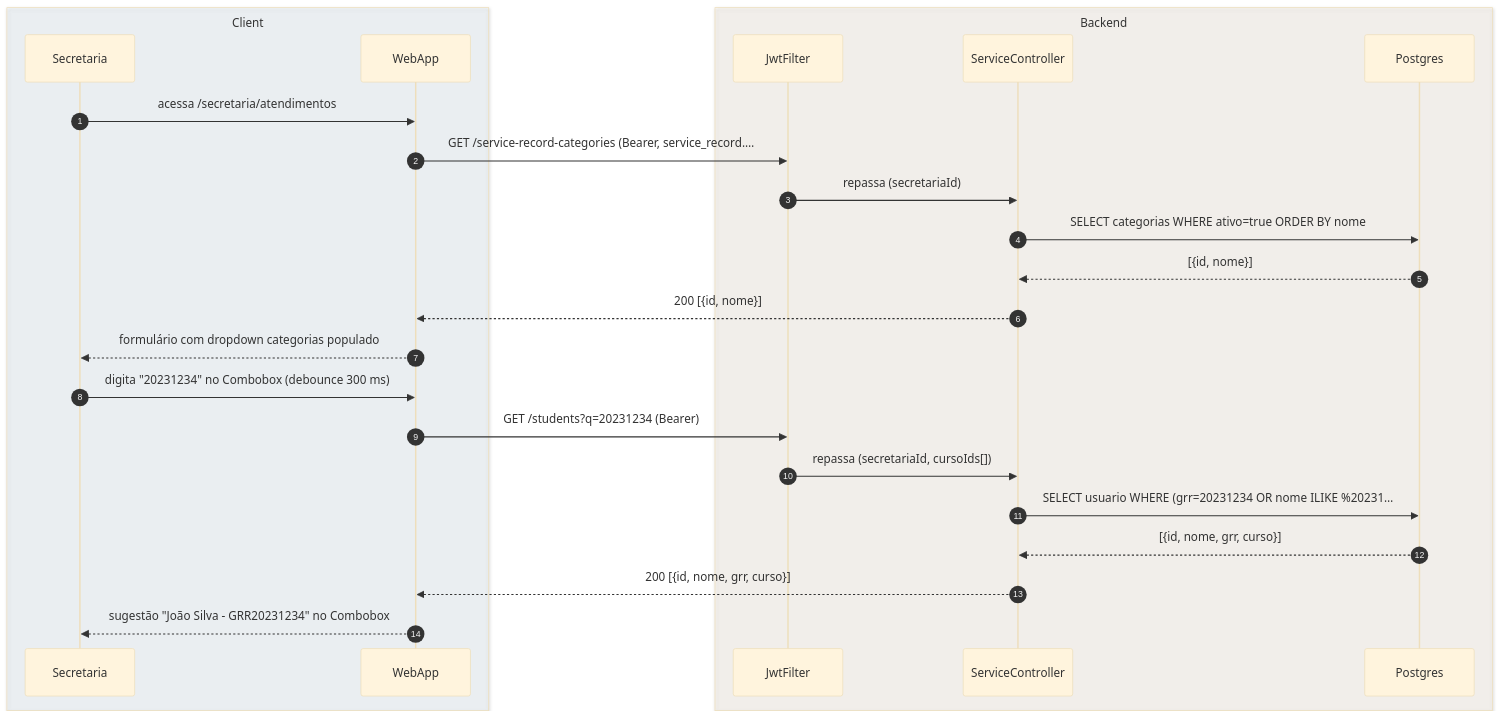
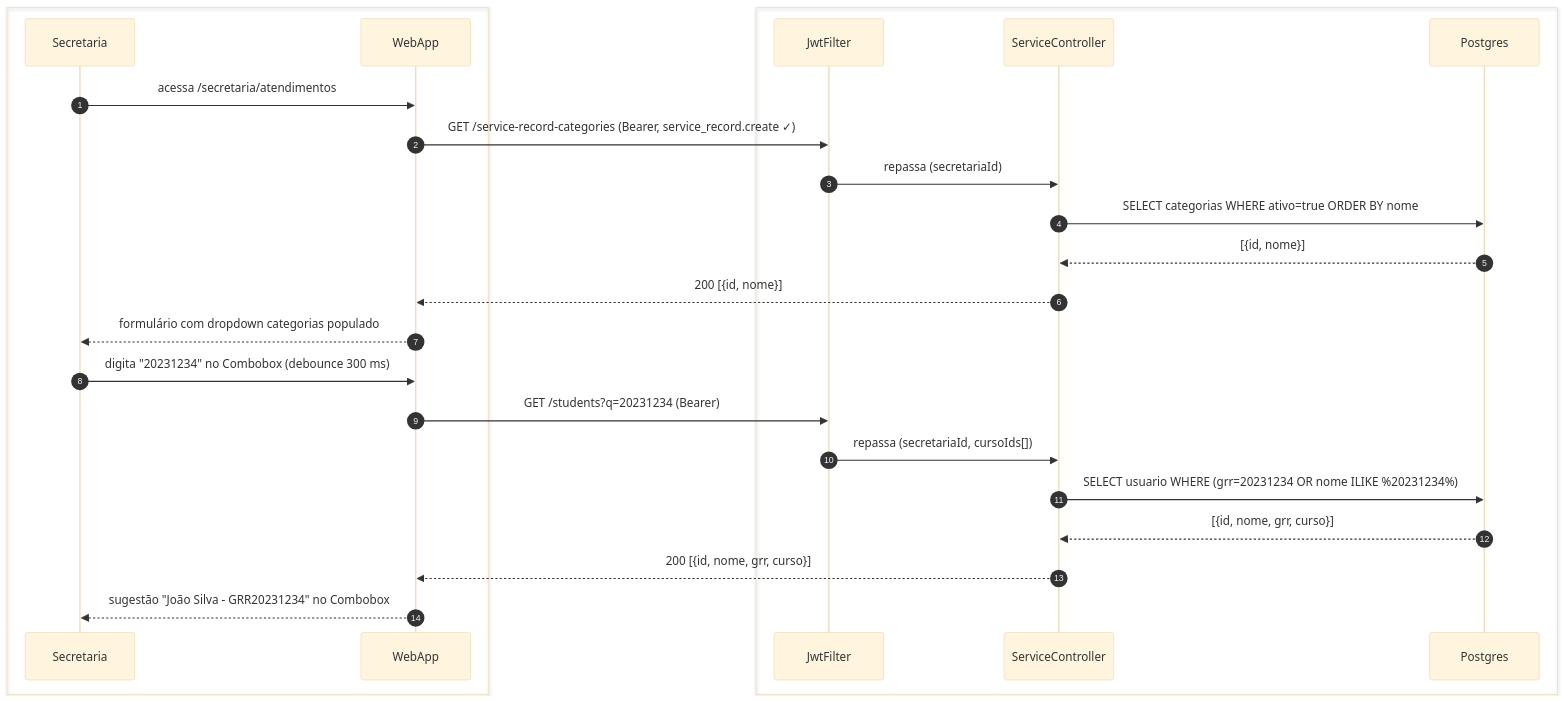
Before and after one commit to umishell/secretariaOnline2: the first of 2 diagrams in foundationDocs/sequenceDiagrams/F5 — Secretaria/US-F5-007-ATENDIMENTOS.md, drawn with Mermaid (base theme). The commit also changed other lines of this file and 70 other files, not shown here.

First line of the commit message:
Enhance database documentation and introduce new schema files

````diff
--- a/foundationDocs/sequenceDiagrams/F5 — Secretaria/US-F5-007-ATENDIMENTOS.md
+++ b/foundationDocs/sequenceDiagrams/F5 — Secretaria/US-F5-007-ATENDIMENTOS.md
@@ -60,28 +60,28 @@
 ```mermaid
 sequenceDiagram
     autonumber
-    box rgba(230,245,255,0.3) Client
+    box #e8f4fc Cliente
         participant Secretaria
         participant WebApp
     end
-    box rgba(255,245,230,0.3) Backend
+    box #fff8ee Servidor
         participant JwtFilter
         participant ServiceController
         participant Postgres
     end
 
     Secretaria->>WebApp: acessa /secretaria/atendimentos
-    WebApp->>JwtFilter: GET /service-record-categories (Bearer, service_record.…
+    WebApp->>JwtFilter: GET /service-record-categories (Bearer, service_record.create ✓)
     JwtFilter->>ServiceController: repassa (secretariaId)
     ServiceController->>Postgres: SELECT categorias WHERE ativo=true ORDER BY nome
     Postgres-->>ServiceController: [{id, nome}]
     ServiceController-->>WebApp: 200 [{id, nome}]
     WebApp-->>Secretaria: formulário com dropdown categorias populado
     Secretaria->>WebApp: digita "20231234" no Combobox (debounce 300 ms)
     WebApp->>JwtFilter: GET /students?q=20231234 (Bearer)
     JwtFilter->>ServiceController: repassa (secretariaId, cursoIds[])
-    ServiceController->>Postgres: SELECT usuario WHERE (grr=20231234 OR nome ILIKE %20231…
+    ServiceController->>Postgres: SELECT usuario WHERE (grr=20231234 OR nome ILIKE %20231234%)
     Postgres-->>ServiceController: [{id, nome, grr, curso}]
     ServiceController-->>WebApp: 200 [{id, nome, grr, curso}]
     WebApp-->>Secretaria: sugestão "João Silva - GRR20231234" no Combobox
 ```
````
